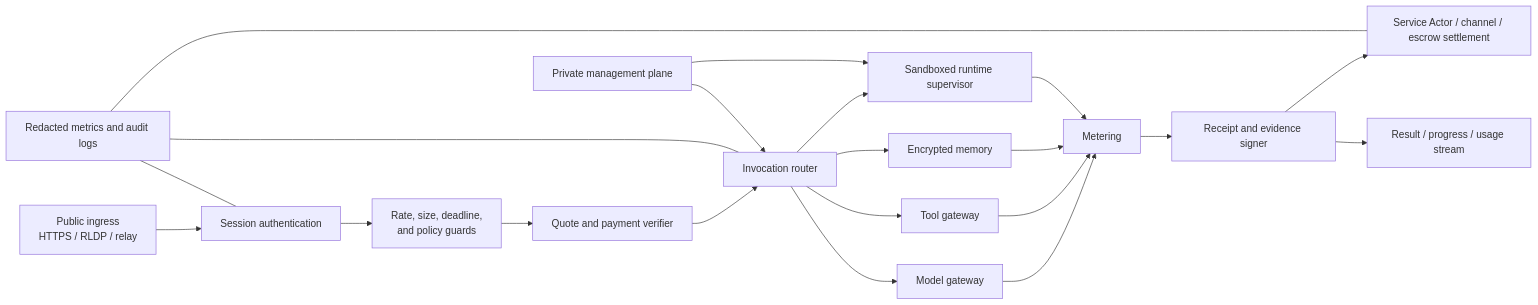
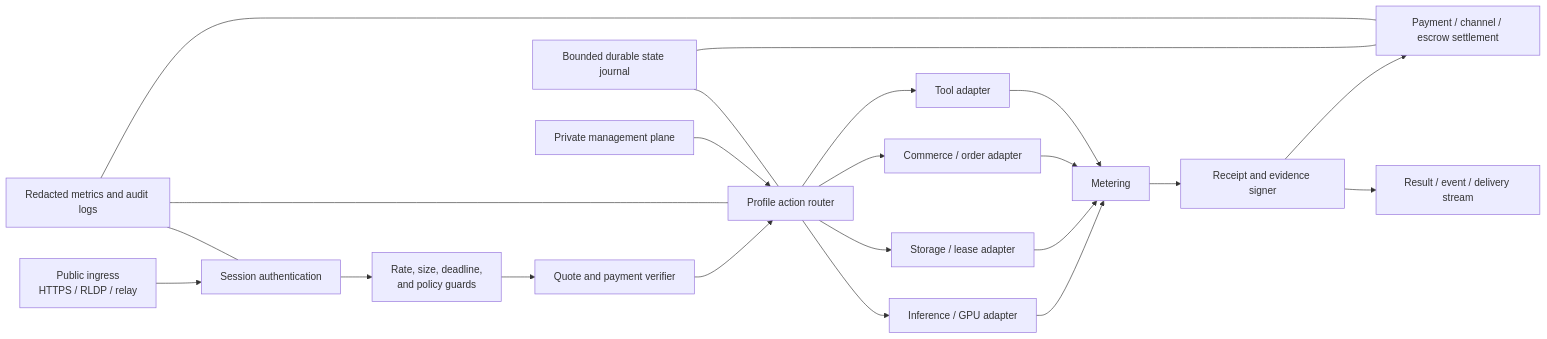
The third of 5 diagrams in doc/the-tos-protocol-implementation-plan.md (tosnetwork/tos), drawn with Mermaid before and after one commit. The commit also changed other lines of this file and 3 other files, not shown here.

````diff
--- a/doc/the-tos-protocol-implementation-plan.md
+++ b/doc/the-tos-protocol-implementation-plan.md
@@ -529,27 +779,28 @@
 ```mermaid
 flowchart LR
     Public["Public ingress<br/>HTTPS / RLDP / relay"] --> Auth["Session authentication"]
     Auth --> Guard["Rate, size, deadline,<br/>and policy guards"]
     Guard --> Quote["Quote and payment verifier"]
-    Quote --> Router["Invocation router"]
+    Quote --> Router["Profile action router"]
 
-    Router --> Models["Model gateway"]
-    Router --> Tools["Tool gateway"]
-    Router --> Memory["Encrypted memory"]
-    Router --> Runtime["Sandboxed runtime supervisor"]
+    Router --> Models["Inference / GPU adapter"]
+    Router --> Storage["Storage / lease adapter"]
+    Router --> Commerce["Commerce / order adapter"]
+    Router --> Tools["Tool adapter"]
 
     Models --> Meter["Metering"]
+    Storage --> Meter
+    Commerce --> Meter
     Tools --> Meter
-    Memory --> Meter
-    Runtime --> Meter
 
     Meter --> Receipt["Receipt and evidence signer"]
-    Receipt --> Stream["Result / progress / usage stream"]
-    Receipt --> Settlement["Service Actor / channel / escrow settlement"]
+    Receipt --> Stream["Result / event / delivery stream"]
+    Receipt --> Settlement["Payment / channel / escrow settlement"]
 
+    Journal["Bounded durable state journal"] --- Router
+    Journal --- Settlement
     Admin["Private management plane"] --> Router
-    Admin --> Runtime
     Observe["Redacted metrics and audit logs"] --- Auth
     Observe --- Router
     Observe --- Settlement
 ```
````
